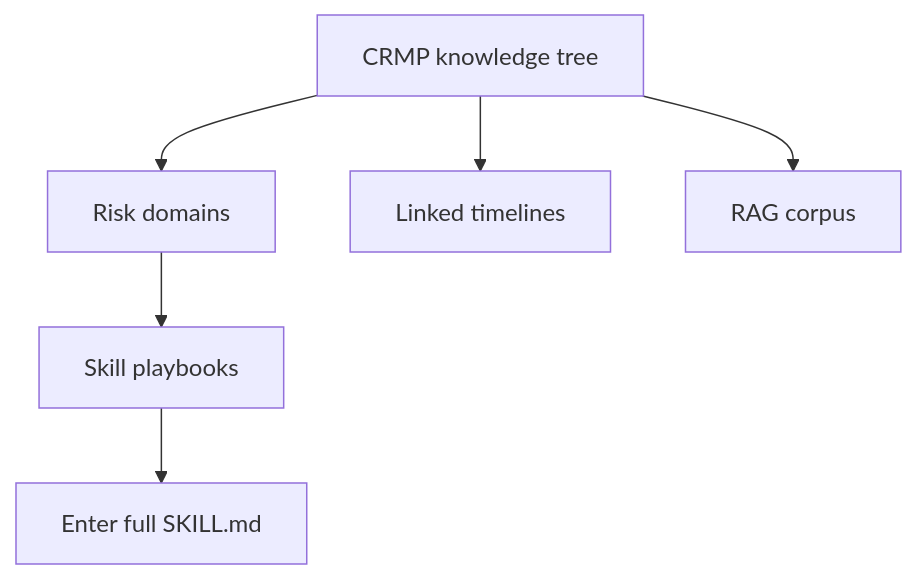
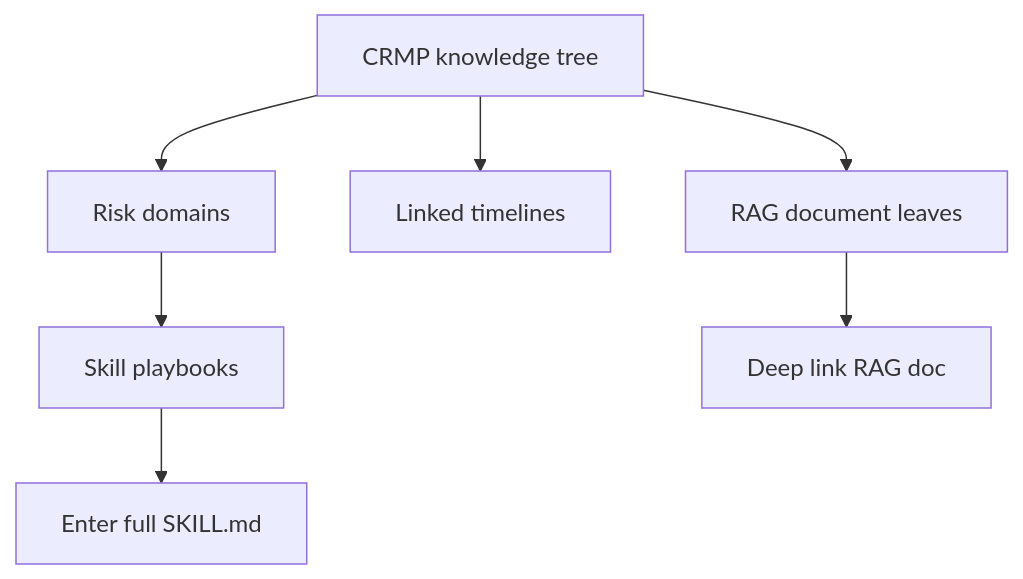
Before and after one commit to hxyan2020/PRD: the seventh of 11 diagrams in platform/docs/USER_GUIDE.md, drawn with Mermaid. The commit also changed other lines of this file and 29 other files, not shown here.

````diff
--- a/platform/docs/USER_GUIDE.md
+++ b/platform/docs/USER_GUIDE.md
@@ -406,8 +406,9 @@
 ```mermaid
 graph TD
   Hub[CRMP knowledge tree] --> Dom[Risk domains]
   Dom --> Sk[Skill playbooks]
   Hub --> Ch[Linked timelines]
-  Hub --> Rag[RAG corpus]
+  Hub --> Rag[RAG document leaves]
   Sk --> Enter[Enter full SKILL.md]
+  Rag --> Doc[Deep link RAG doc]
 ```
````
